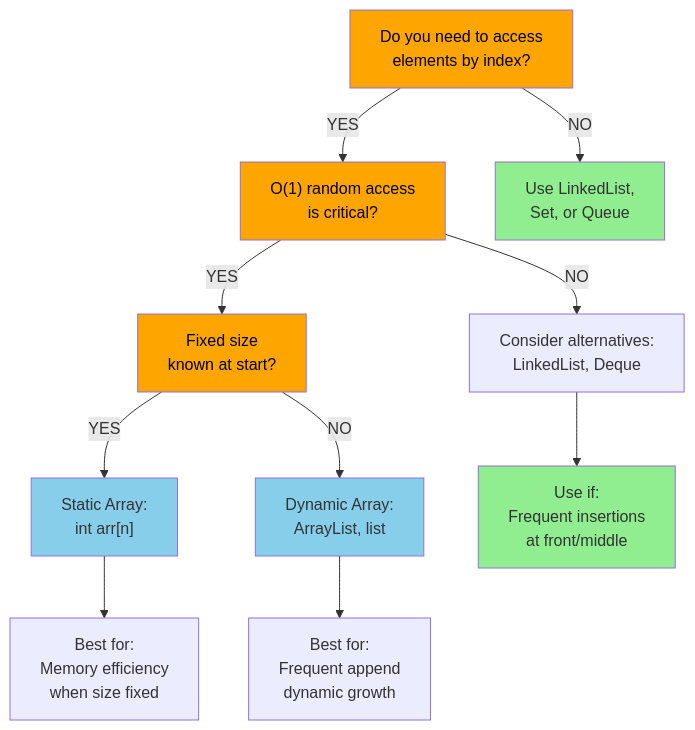
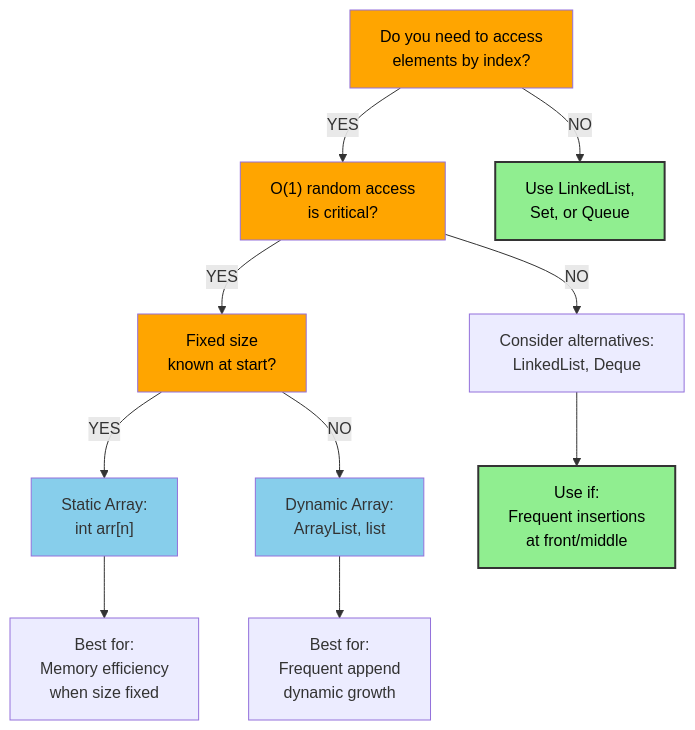
The first of 4 diagrams in docs/basic/array.md (souradeepta/interviewprep), drawn with Mermaid before and after one commit. The commit also changed other lines of this file and 31 other files, not shown here.

Commit message:
updated graphs

````diff
--- a/docs/basic/array.md
+++ b/docs/basic/array.md
@@ -18,24 +18,24 @@
 ```mermaid
 graph TD
     A["Do you need to access<br/>elements by index?"] -->|YES| B["O(1) random access<br/>is critical?"]
     A -->|NO| C["Use LinkedList,<br/>Set, or Queue"]
     
     B -->|YES| D["Fixed size<br/>known at start?"]
     B -->|NO| E["Consider alternatives:<br/>LinkedList, Deque"]
     
     D -->|YES| F["Static Array:<br/>int arr[n]"]
     D -->|NO| G["Dynamic Array:<br/>ArrayList, list"]
     
     F --> F1["Best for:<br/>Memory efficiency<br/>when size fixed"]
     G --> G1["Best for:<br/>Frequent append<br/>dynamic growth"]
     
     E --> E1["Use if:<br/>Frequent insertions<br/>at front/middle"]
     
     style A fill:#FFA500,color:#000
     style B fill:#FFA500,color:#000
     style D fill:#FFA500,color:#000
-    style C fill:#90EE90
+    style C fill:#90ee90,color:#000,stroke:#333,stroke-width:2px
     style F fill:#87CEEB
     style G fill:#87CEEB
-    style E1 fill:#90EE90
+    style E1 fill:#90ee90,color:#000,stroke:#333,stroke-width:2px
 ```
````
